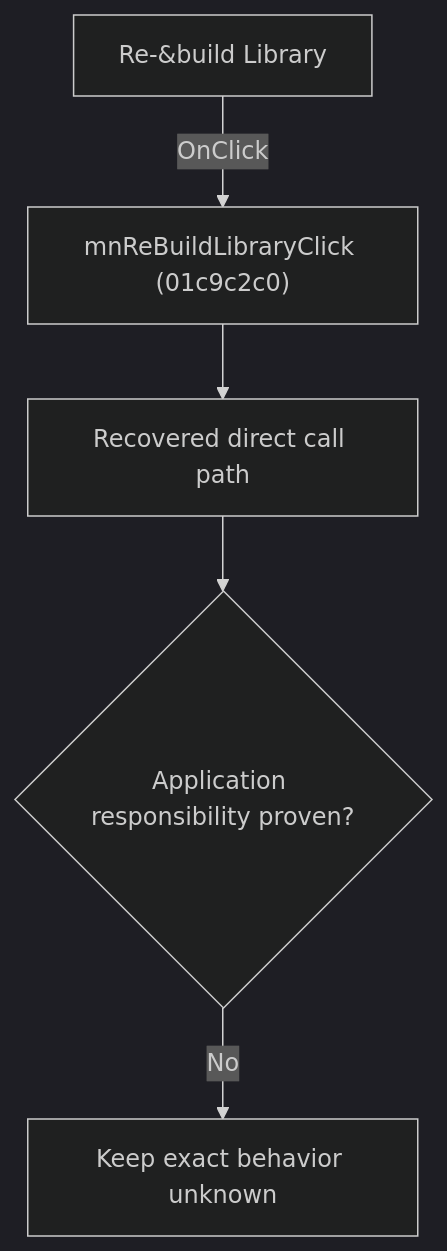
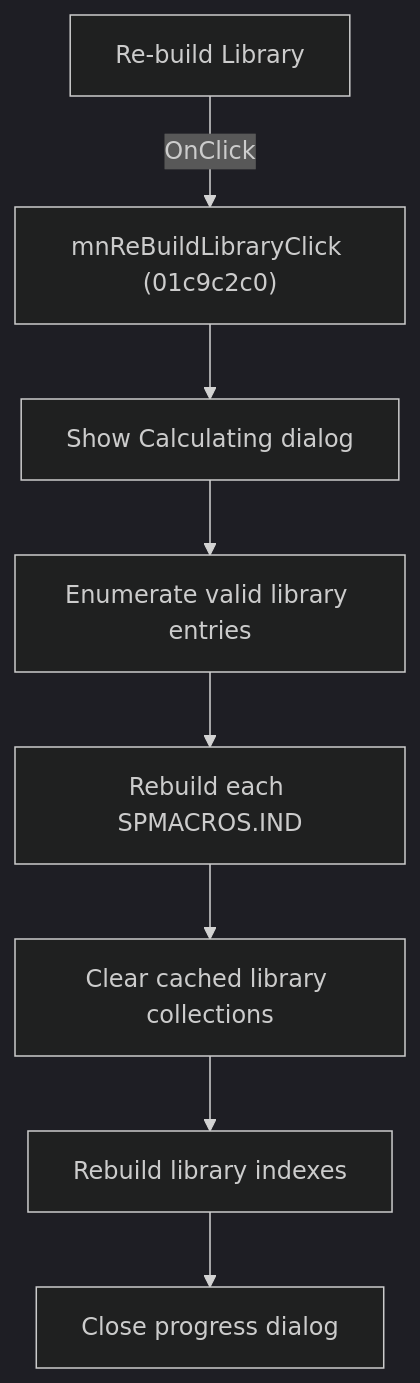
The diagram in docs/ui-controls/schematiceditor/mnrebuildlibrary-15a63a9976.md (MovGP0/TIARA), drawn with Mermaid (dark theme) before and after one commit. The commit also changed other lines of this file and 241 other files, not shown here.

````diff
--- a/docs/ui-controls/schematiceditor/mnrebuildlibrary-15a63a9976.md
+++ b/docs/ui-controls/schematiceditor/mnrebuildlibrary-15a63a9976.md
@@ -27,7 +29,10 @@
 ```mermaid
 flowchart TD
-    control["Re-&build Library"] -->|"OnClick"| handler["mnReBuildLibraryClick (01c9c2c0)"]
-    handler --> recovered["Recovered direct call path"]
-    recovered --> gap{"Application responsibility proven?"}
-    gap -->|"No"| blocked["Keep exact behavior unknown"]
+    control["Re-build Library"] -->|OnClick| handler["mnReBuildLibraryClick (01c9c2c0)"]
+    handler --> progress["Show Calculating dialog"]
+    progress --> enumerate["Enumerate valid library entries"]
+    enumerate --> rebuild["Rebuild each SPMACROS.IND"]
+    rebuild --> clear["Clear cached library collections"]
+    clear --> indexes["Rebuild library indexes"]
+    indexes --> done["Close progress dialog"]
 ```
````
